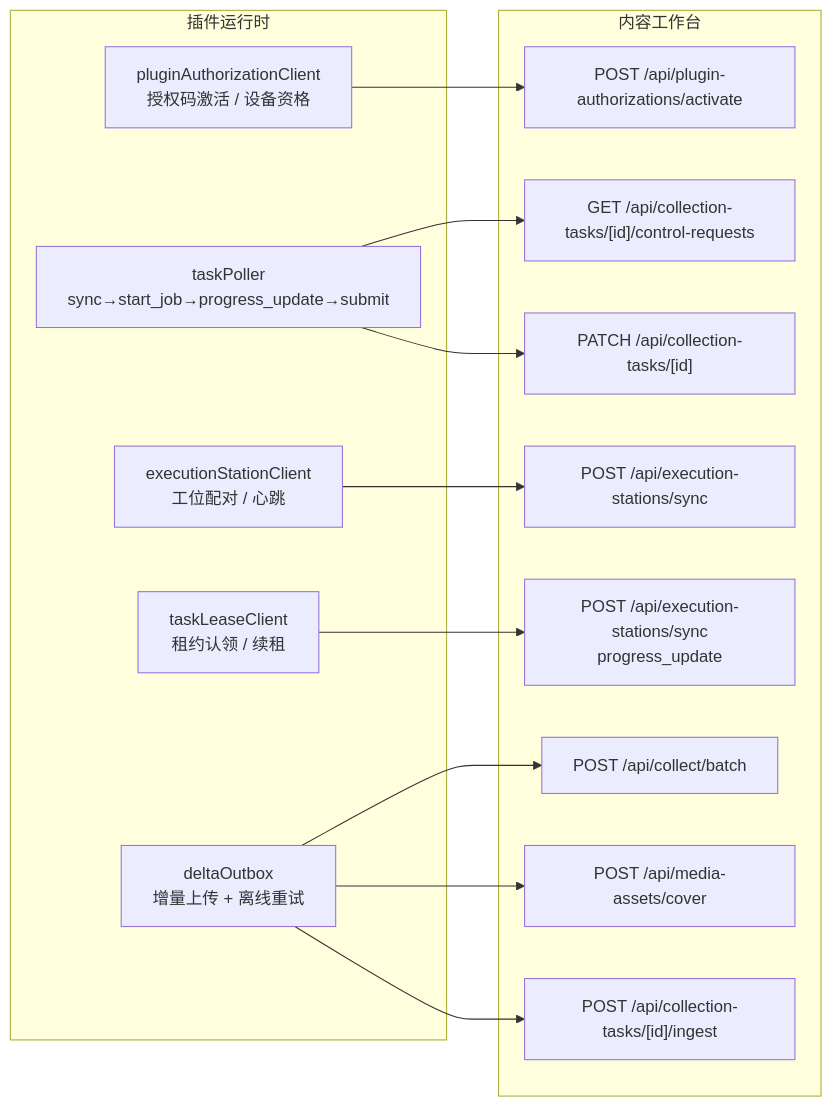
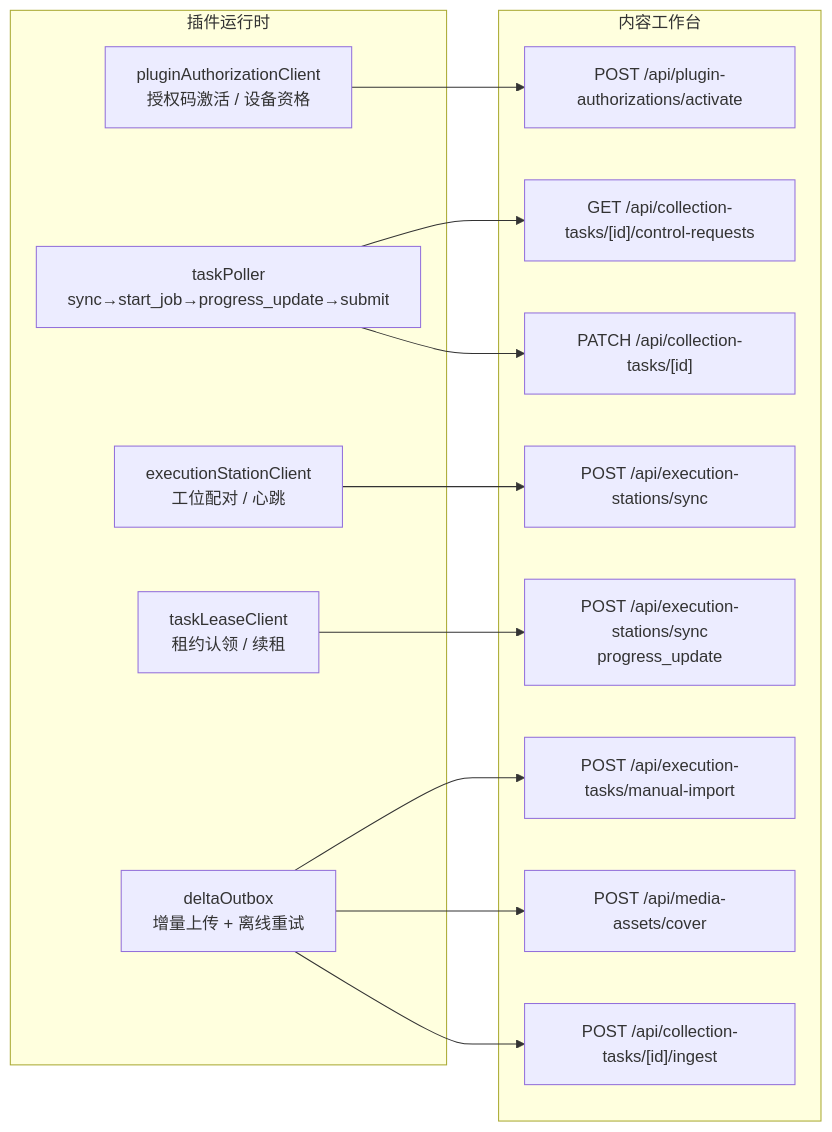
The fifth of 6 diagrams in docs/product/PRD.md (Himog0921/linggan-boom), drawn with Mermaid before and after one commit. The commit also changed 15 other files, not shown here.

````diff
--- a/docs/product/PRD.md
+++ b/docs/product/PRD.md
@@ -647,29 +647,29 @@
 ```mermaid
 flowchart LR
     subgraph 内容工作台
         API1["POST /api/plugin-authorizations/activate"]
-        API2["POST /api/collect/batch"]
+        API2["POST /api/execution-tasks/manual-import"]
         API3["POST /api/media-assets/cover"]
         API4["POST /api/execution-stations/sync"]
         API5["POST /api/execution-stations/sync<br/>progress_update"]
         API6["POST /api/collection-tasks/[id]/ingest"]
         API7["GET /api/collection-tasks/[id]/control-requests"]
         API8["PATCH /api/collection-tasks/[id]"]
     end
     subgraph 插件运行时
         AUTH["pluginAuthorizationClient<br/>授权码激活 / 设备资格"]
         POLL["taskPoller<br/>sync→start_job→progress_update→submit"]
         STN["executionStationClient<br/>工位配对 / 心跳"]
         LEASE["taskLeaseClient<br/>租约认领 / 续租"]
         OUTBOX["deltaOutbox<br/>增量上传 + 离线重试"]
     end
 
     AUTH --> API1
     OUTBOX --> API2
     OUTBOX --> API3
     STN --> API4
     LEASE --> API5
     OUTBOX --> API6
     POLL --> API7
     POLL --> API8
 ```
````
